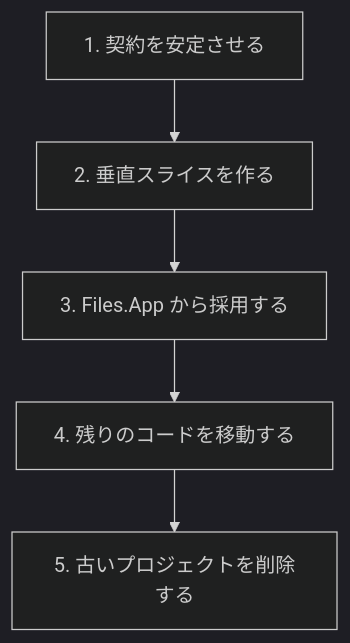
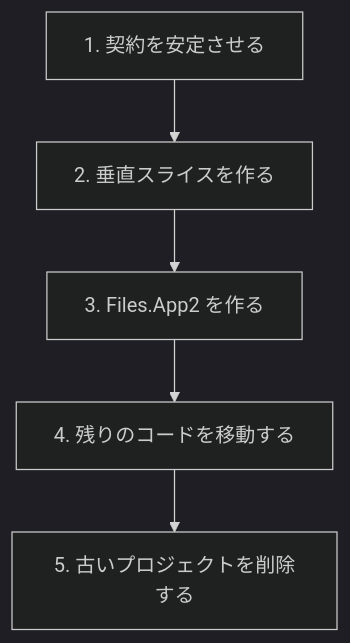
One commit to 0x5bfa/Files changed the second of 3 diagrams in docs/architecture/migration.md. Above: the diagram before and after it, drawn with Mermaid (dark theme). The commit also changed other lines of this file and 678 other files, not shown here.

````diff
--- a/docs/architecture/migration.md
+++ b/docs/architecture/migration.md
@@ -17,13 +17,13 @@
 ```mermaid
 flowchart TD
     Contracts["1. 契約を安定させる"]
     Slice["2. 垂直スライスを作る"]
-    Adopt["3. Files.App から採用する"]
+    Host["3. Files.App2 を作る"]
     Move["4. 残りのコードを移動する"]
     Delete["5. 古いプロジェクトを削除する"]
 
     Contracts --> Slice
-    Slice --> Adopt
-    Adopt --> Move
+    Slice --> Host
+    Host --> Move
     Move --> Delete
 ```
````
